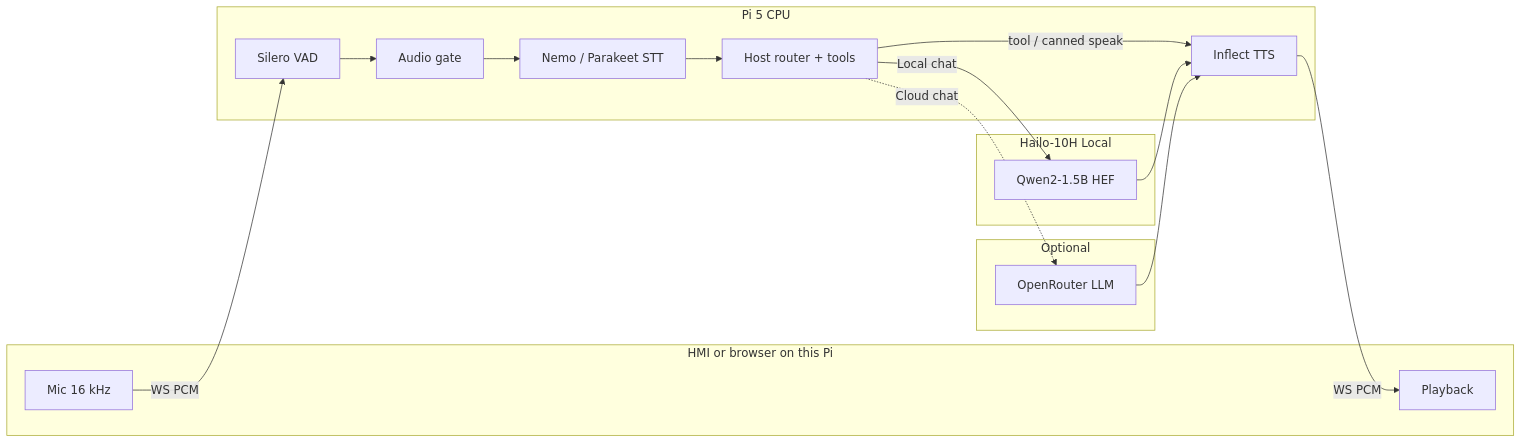
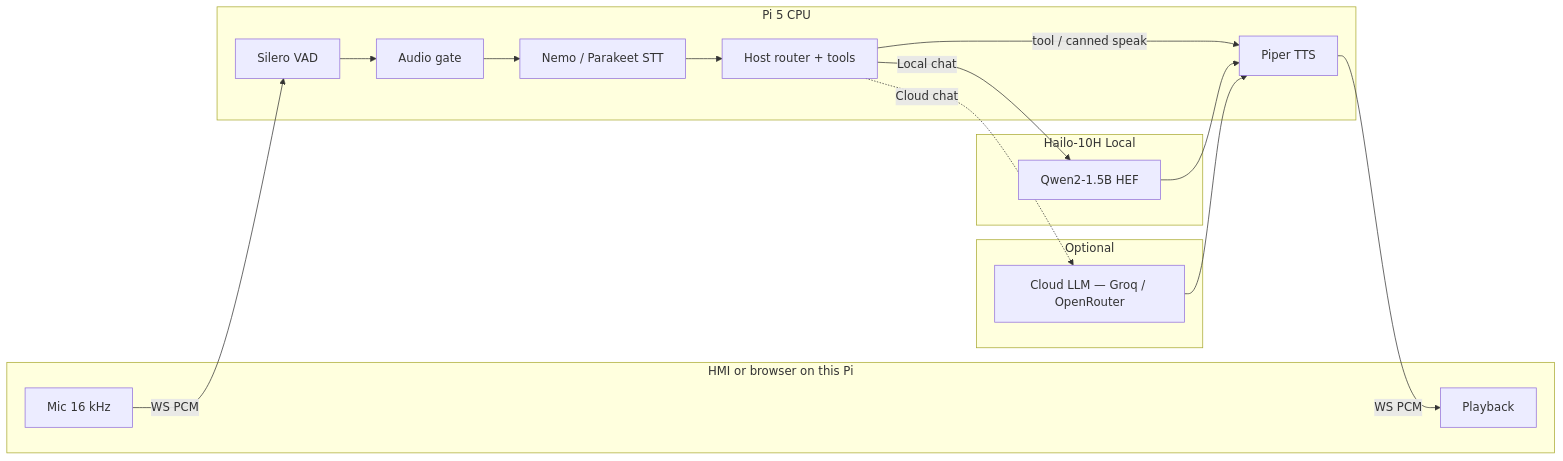
One commit to Senthi1Kumar/nova-s2s changed the diagram in edge/nova-hailo/README.md. Above: the diagram before and after it, drawn with Mermaid. The commit also changed other lines of this file and 12 other files, not shown here.

Commit message:
Add Groq as the default cloud LLM provider and cut cloud-turn latency

````diff
--- a/edge/nova-hailo/README.md
+++ b/edge/nova-hailo/README.md
@@ -7,25 +8,25 @@
 ```mermaid
 flowchart LR
   subgraph CLIENT["HMI or browser on this Pi"]
     MIC["Mic 16 kHz"]
     SPK["Playback"]
   end
   subgraph CPU["Pi 5 CPU"]
     VAD["Silero VAD"]
     GATE["Audio gate"]
     ASR["Nemo / Parakeet STT"]
     HOST["Host router + tools"]
-    TTS["Inflect TTS"]
+    TTS["Piper TTS"]
   end
   subgraph NPU["Hailo-10H Local"]
     LLM["Qwen2-1.5B HEF"]
   end
   subgraph CLOUD["Optional"]
-    OR["OpenRouter LLM"]
+    OR["Cloud LLM — Groq / OpenRouter"]
   end
   MIC -->|WS PCM| VAD --> GATE --> ASR --> HOST
   HOST -->|tool / canned speak| TTS
   HOST -->|Local chat| LLM --> TTS
   HOST -.->|Cloud chat| OR --> TTS
   TTS -->|WS PCM| SPK
 ```
````
